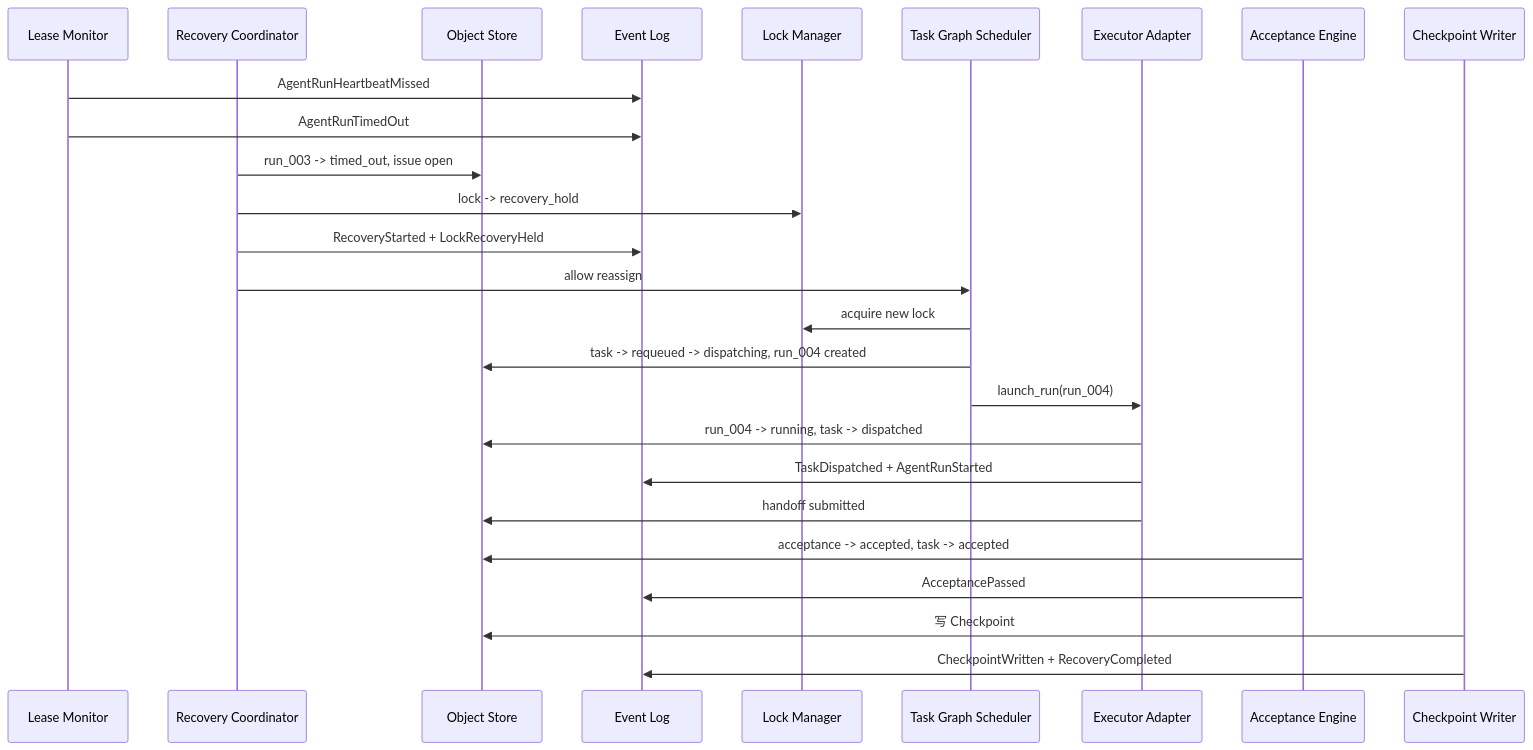
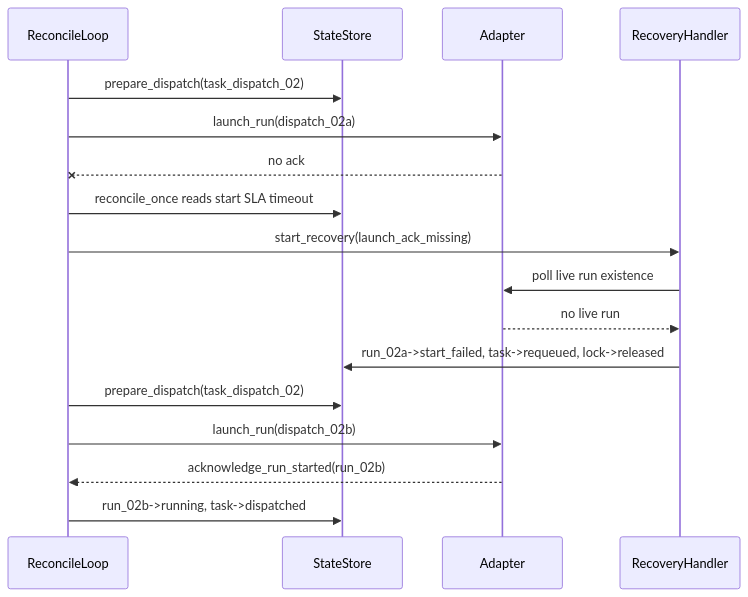
Before and after one commit to leeson1/Hive-Design: the second of 4 diagrams in docs/07-reliability/09-End-to-End-Sequence-Scenarios.md, drawn with Mermaid. The commit also changed other lines of this file and 21 other files, not shown here.

````diff
--- a/docs/07-reliability/09-End-to-End-Sequence-Scenarios.md
+++ b/docs/07-reliability/09-End-to-End-Sequence-Scenarios.md
@@ -241,29 +202,20 @@
 ```mermaid
 sequenceDiagram
-    participant M as Lease Monitor
-    participant RC as Recovery Coordinator
-    participant OSS as Object Store
-    participant EL as Event Log
-    participant LM as Lock Manager
-    participant TGS as Task Graph Scheduler
-    participant EAL as Executor Adapter
-    participant AE as Acceptance Engine
-    participant CW as Checkpoint Writer
+    participant R as ReconcileLoop
+    participant DB as StateStore
+    participant AD as Adapter
+    participant RC as RecoveryHandler
 
-    M->>EL: AgentRunHeartbeatMissed
-    M->>EL: AgentRunTimedOut
-    RC->>OSS: run_003 -> timed_out, issue open
-    RC->>LM: lock -> recovery_hold
-    RC->>EL: RecoveryStarted + LockRecoveryHeld
-    RC->>TGS: allow reassign
-    TGS->>LM: acquire new lock
-    TGS->>OSS: task -> requeued -> dispatching, run_004 created
-    TGS->>EAL: launch_run(run_004)
-    EAL->>OSS: run_004 -> running, task -> dispatched
-    EAL->>EL: TaskDispatched + AgentRunStarted
-    EAL->>OSS: handoff submitted
-    AE->>OSS: acceptance -> accepted, task -> accepted
-    AE->>EL: AcceptancePassed
-    CW->>OSS: 写 Checkpoint
-    CW->>EL: CheckpointWritten + RecoveryCompleted
+    R->>DB: prepare_dispatch(task_dispatch_02)
+    R->>AD: launch_run(dispatch_02a)
+    AD--x R: no ack
+    R->>DB: reconcile_once reads start SLA timeout
+    R->>RC: start_recovery(launch_ack_missing)
+    RC->>AD: poll live run existence
+    AD-->>RC: no live run
+    RC->>DB: run_02a->start_failed, task->requeued, lock->released
+    R->>DB: prepare_dispatch(task_dispatch_02)
+    R->>AD: launch_run(dispatch_02b)
+    AD-->>R: acknowledge_run_started(run_02b)
+    R->>DB: run_02b->running, task->dispatched
 ```
````
